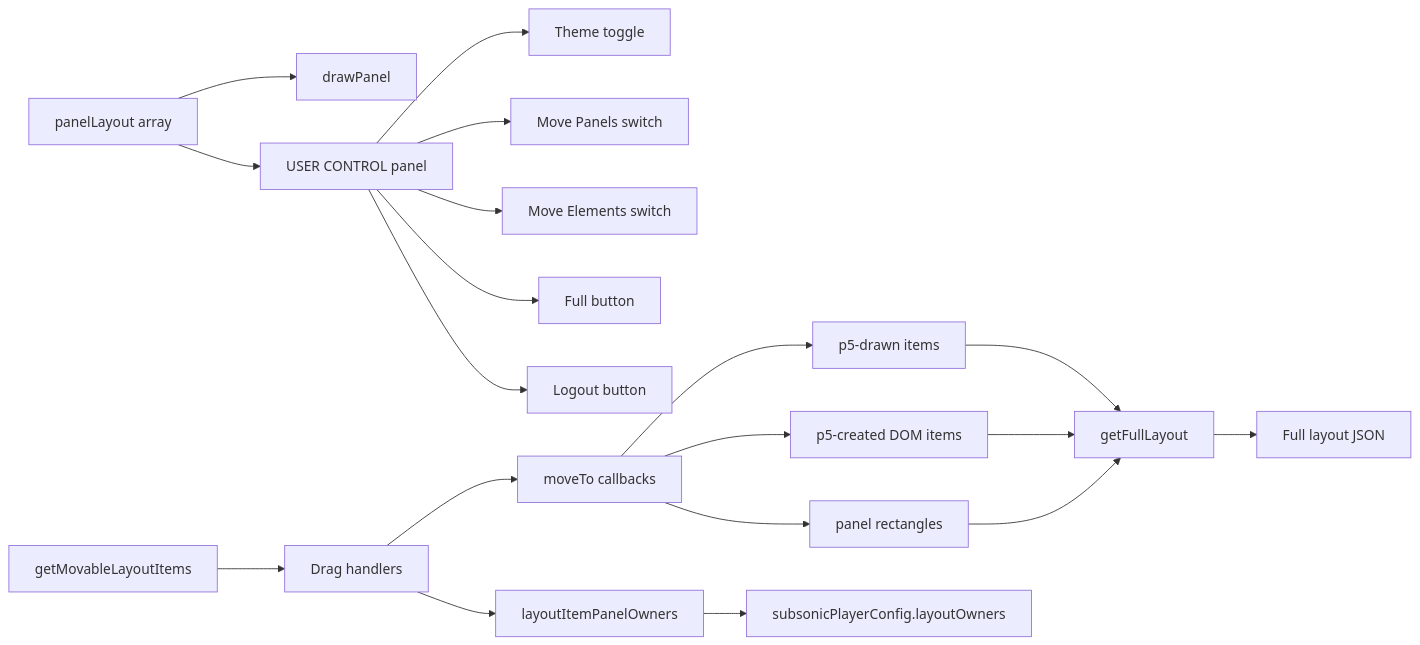
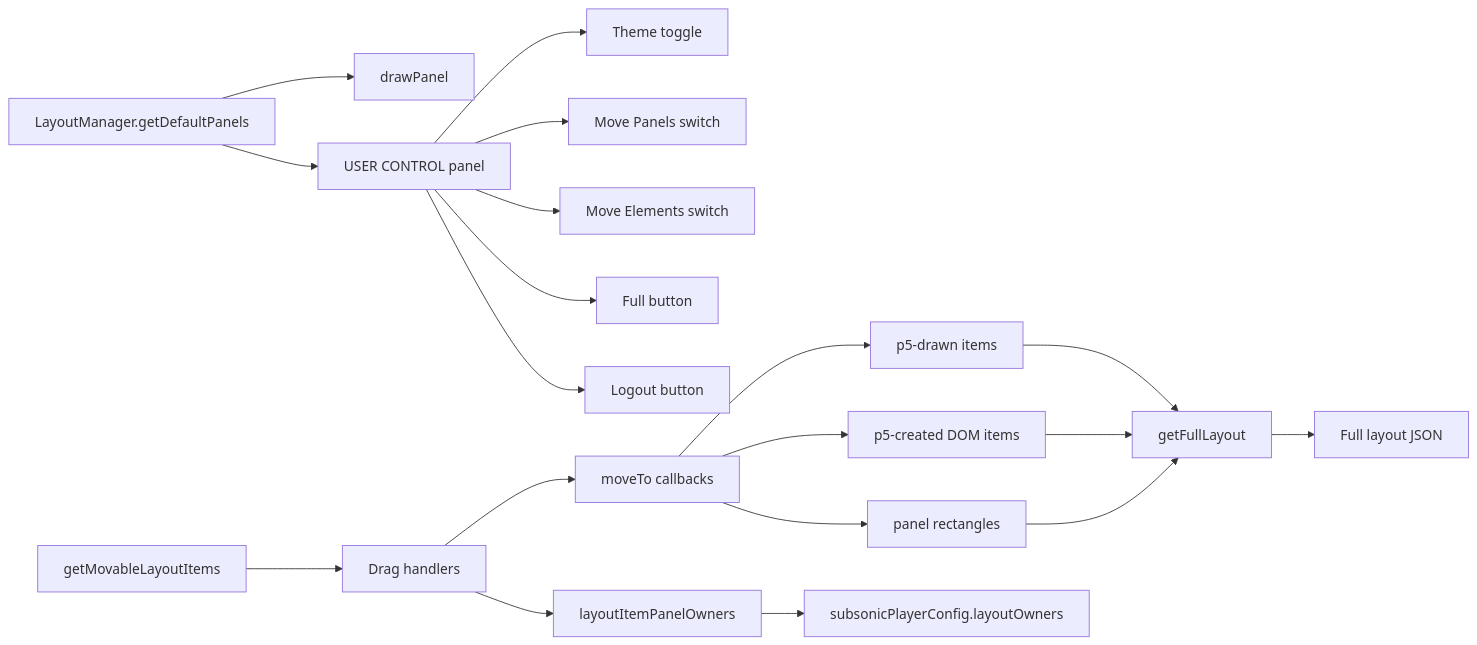
The ninth of 11 diagrams in doc/diagrams.md (Leorivasc/neon_deck), drawn with Mermaid before and after one commit. The commit also changed other lines of this file and 3 other files, not shown here.

Commit message:
Panel default positions moved to layoutmanager

````diff
--- a/doc/diagrams.md
+++ b/doc/diagrams.md
@@ -240,22 +240,22 @@
 ```mermaid
 flowchart LR
-    PanelLayout[panelLayout array] --> DrawPanels[drawPanel]
+    PanelLayout[LayoutManager.getDefaultPanels] --> DrawPanels[drawPanel]
     PanelLayout --> LayoutTools[USER CONTROL panel]
     LayoutTools --> ThemeToggle[Theme toggle]
     LayoutTools --> MovePanels[Move Panels switch]
     LayoutTools --> MoveElements[Move Elements switch]
     LayoutTools --> Fullscreen[Full button]
     LayoutTools --> Logout[Logout button]
     Movables[getMovableLayoutItems] --> Drag[Drag handlers]
     Drag --> Apply[moveTo callbacks]
     Apply --> P5Items[p5-drawn items]
     Apply --> DomItems[p5-created DOM items]
     Apply --> Panels[panel rectangles]
 
     P5Items --> Full[getFullLayout]
     DomItems --> Full
     Panels --> Full
     Full --> Console[Full layout JSON]
     Drag --> Owners[layoutItemPanelOwners]
     Owners --> Storage[subsonicPlayerConfig.layoutOwners]
 ```
````
